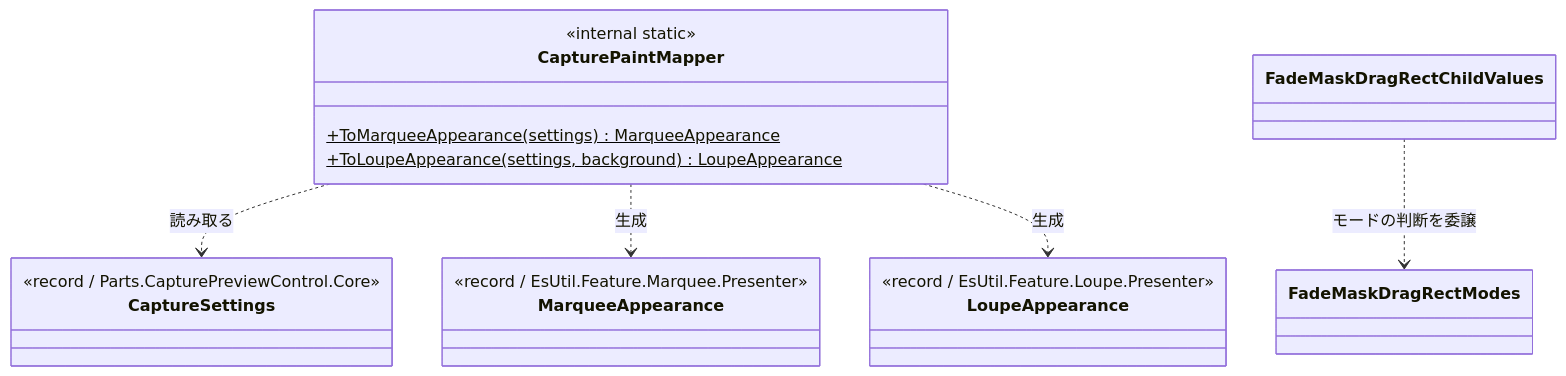
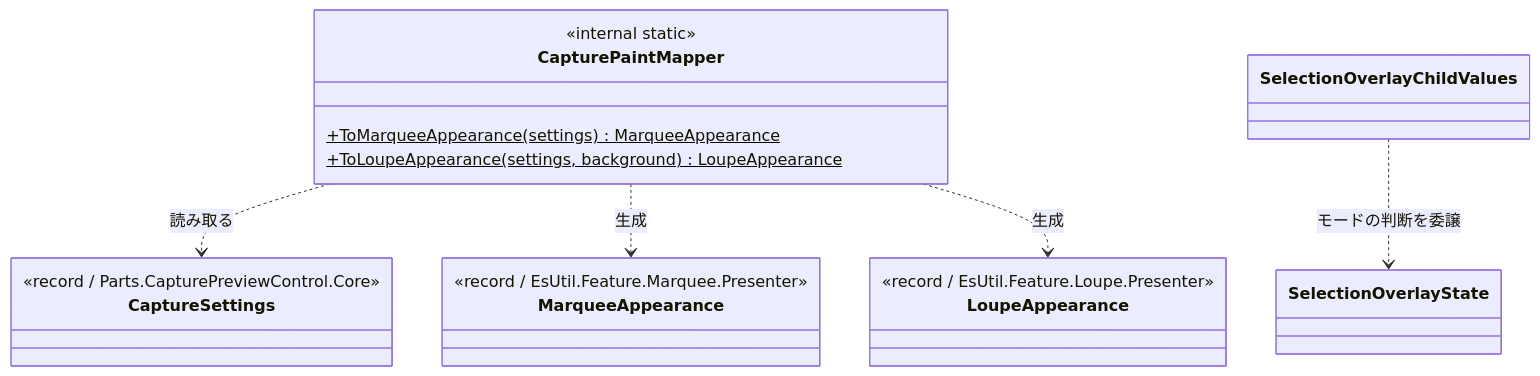
One commit to tomokuni/SaveEvidence changed the second of 3 diagrams in src/Parts.CaptureSessionControl.UIBase/docs/SPEC_System.md. Above: the diagram before and after it, drawn with Mermaid. The commit also changed other lines of this file and 192 other files, not shown here.

````diff
--- a/src/Parts.CaptureSessionControl.UIBase/docs/SPEC_System.md
+++ b/src/Parts.CaptureSessionControl.UIBase/docs/SPEC_System.md
@@ -84,22 +84,22 @@
 ```mermaid
 classDiagram
   class CapturePaintMapper {
     <<internal static>>
     +ToMarqueeAppearance(settings)$ MarqueeAppearance
     +ToLoupeAppearance(settings, background)$ LoupeAppearance
   }
   class CaptureSettings {
     <<record / Parts.CapturePreviewControl.Core>>
   }
   class MarqueeAppearance {
     <<record / EsUtil.Feature.Marquee.Presenter>>
   }
   class LoupeAppearance {
     <<record / EsUtil.Feature.Loupe.Presenter>>
   }
 
   CapturePaintMapper ..> CaptureSettings : 読み取る
   CapturePaintMapper ..> MarqueeAppearance : 生成
   CapturePaintMapper ..> LoupeAppearance : 生成
-  FadeMaskDragRectChildValues ..> FadeMaskDragRectModes : モードの判断を委譲
+  SelectionOverlayChildValues ..> SelectionOverlayState : モードの判断を委譲
 ```
````
